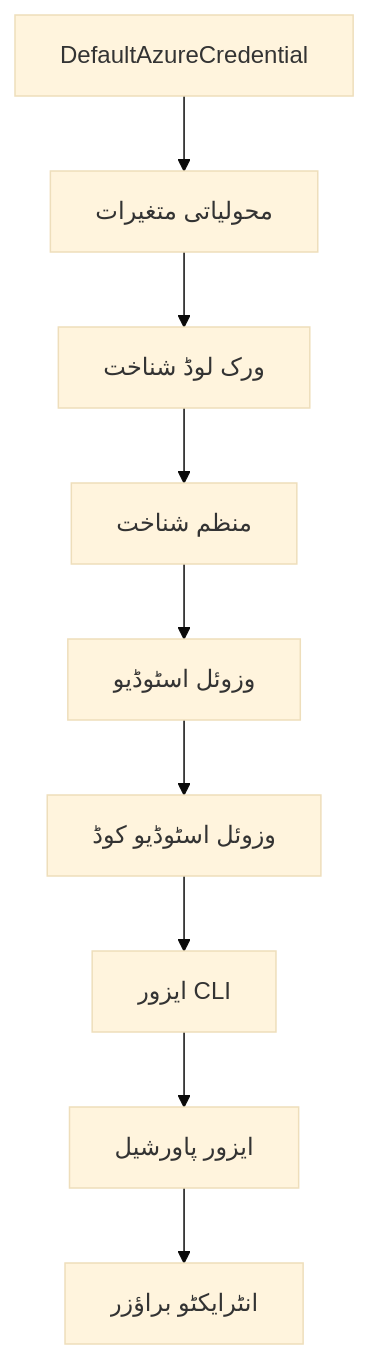
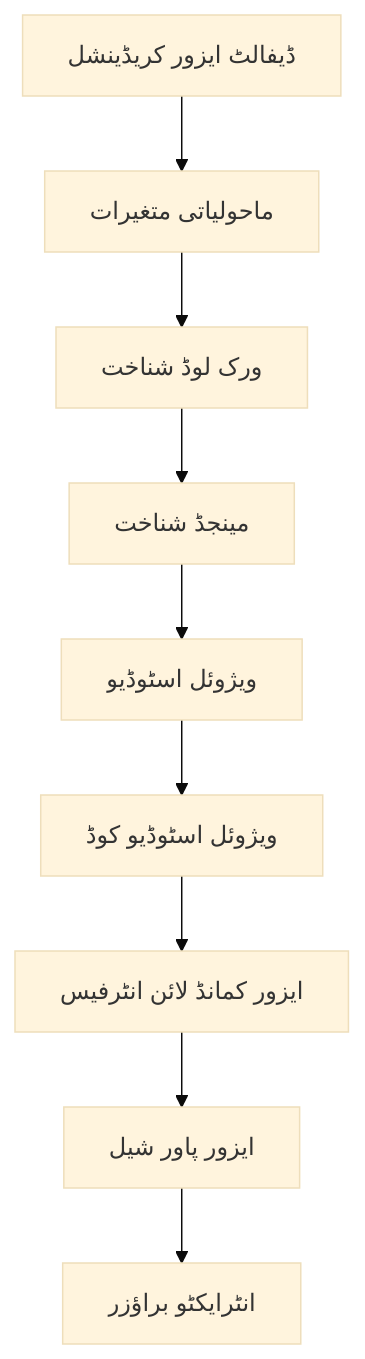
Before and after one commit to microsoft/AZD-for-beginners: the second of 2 diagrams in translations/ur/docs/chapter-01-foundation/azd-basics.md, drawn with Mermaid (base theme). The commit also changed other lines of this file and 101 other files, not shown here.

````diff
--- a/translations/ur/docs/chapter-01-foundation/azd-basics.md
+++ b/translations/ur/docs/chapter-01-foundation/azd-basics.md
@@ -594,11 +593,11 @@
 ```mermaid
 graph TD
-    A[DefaultAzureCredential] --> B[محولیاتی متغیرات]
+    A[ڈیفالٹ ایزور کریڈینشل] --> B[ماحولیاتی متغیرات]
     B --> C[ورک لوڈ شناخت]
-    C --> D[منظم شناخت]
-    D --> E[وزوئل اسٹوڈیو]
-    E --> F[وزوئل اسٹوڈیو کوڈ]
-    F --> G[ایزور CLI]
-    G --> H[ایزور پاورشیل]
+    C --> D[مینجڈ شناخت]
+    D --> E[ویژوئل اسٹوڈیو]
+    E --> F[ویژوئل اسٹوڈیو کوڈ]
+    F --> G[ایزور کمانڈ لائن انٹرفیس]
+    G --> H[ایزور پاور شیل]
     H --> I[انٹرایکٹو براؤزر]
 ```
````
